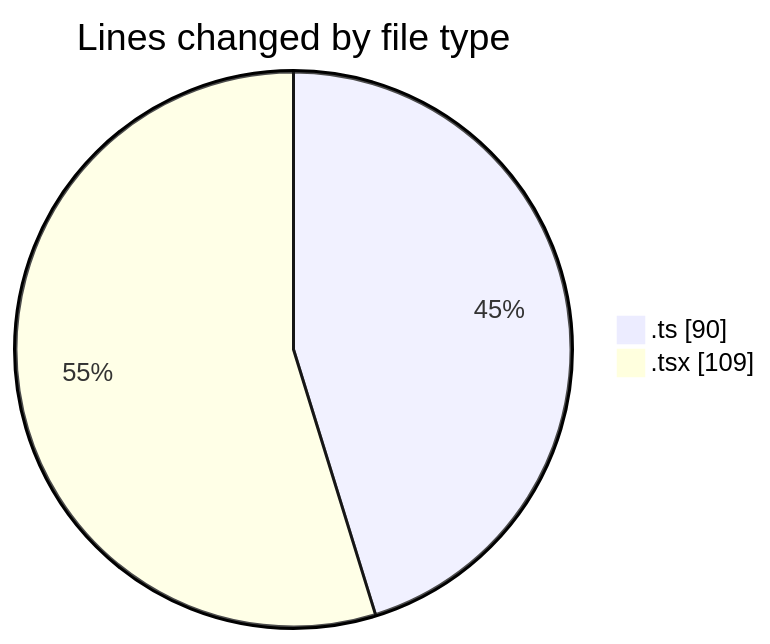
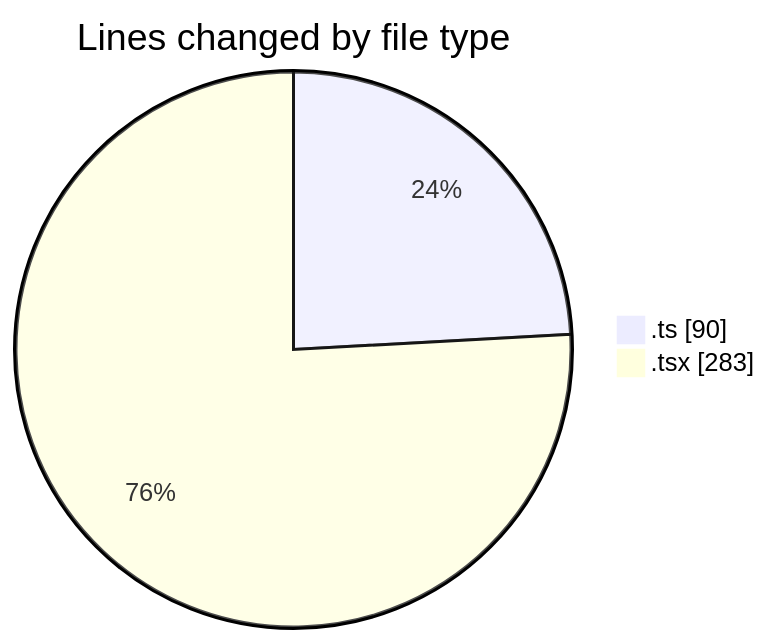
Before and after one commit to momahboobian/code-tracking: the first of 2 diagrams in 2025-01-25/pdf-analysis-app/README.md, drawn with Mermaid. The commit also changed other lines of this file and 1 other file, not shown here.

````diff
--- a/2025-01-25/pdf-analysis-app/README.md
+++ b/2025-01-25/pdf-analysis-app/README.md
@@ -22,6 +23,6 @@
 ```mermaid
 pie showData
 title Lines changed by file type
 ".ts" : 90
-".tsx" : 109
+".tsx" : 283
 ```
````
